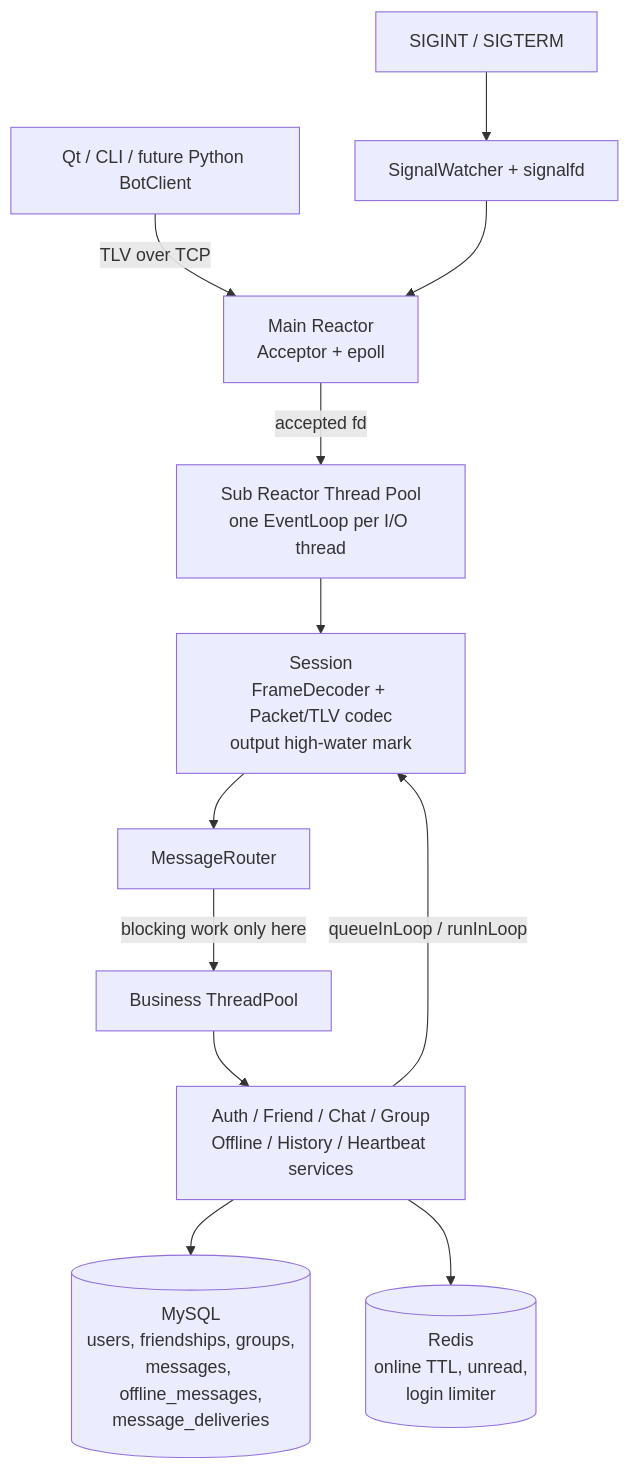
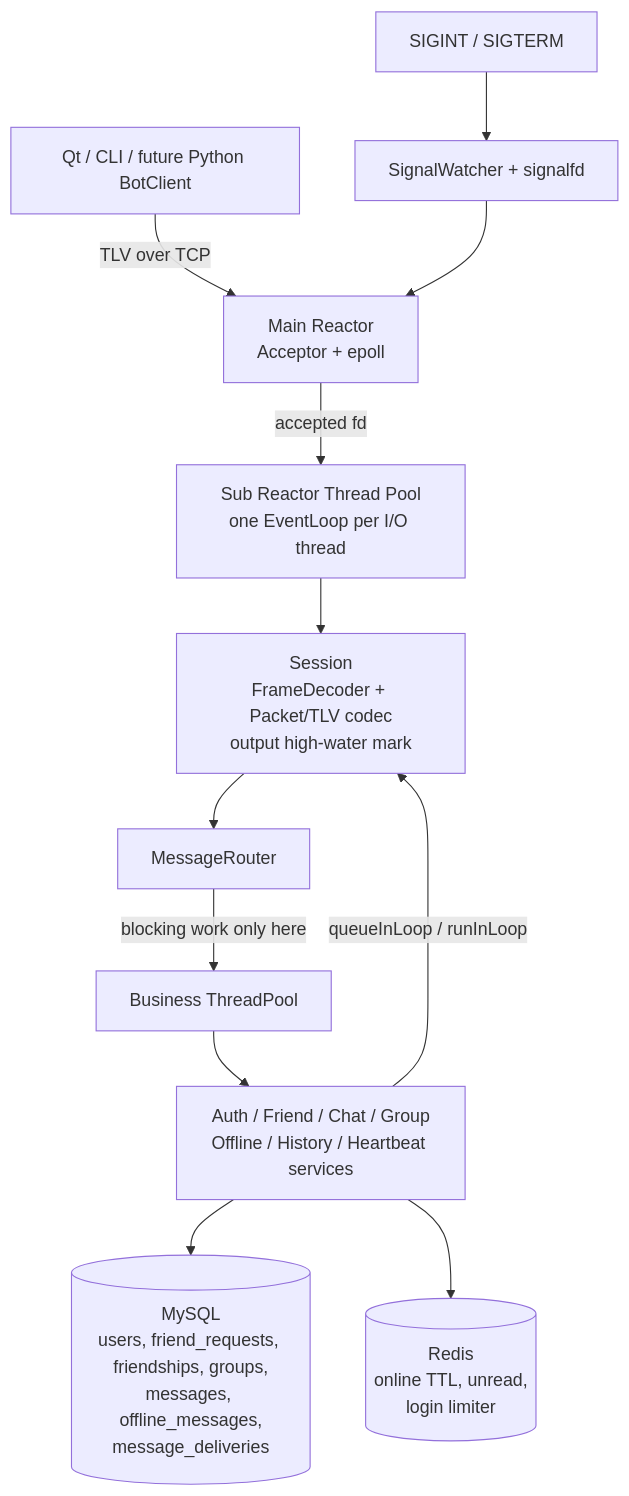
The first of 2 diagrams in README.md (yolo0731/LiteIM), drawn with Mermaid before and after one commit. The commit also changed other lines of this file and 46 other files, not shown here.

Commit message:
feat(friend): add friend requests and private permission

````diff
--- a/README.md
+++ b/README.md
@@ -48,15 +48,15 @@
 ```mermaid
 flowchart TB
     client["Qt / CLI / future Python BotClient"]
     client -->|"TLV over TCP"| acceptor["Main Reactor\nAcceptor + epoll"]
     acceptor -->|"accepted fd"| io_pool["Sub Reactor Thread Pool\none EventLoop per I/O thread"]
     io_pool --> session["Session\nFrameDecoder + Packet/TLV codec\noutput high-water mark"]
     session --> router["MessageRouter"]
     router -->|"blocking work only here"| biz["Business ThreadPool"]
     biz --> services["Auth / Friend / Chat / Group\nOffline / History / Heartbeat services"]
-    services --> mysql[("MySQL\nusers, friendships, groups,\nmessages, offline_messages,\nmessage_deliveries")]
+    services --> mysql[("MySQL\nusers, friend_requests, friendships, groups,\nmessages, offline_messages,\nmessage_deliveries")]
     services --> redis[("Redis\nonline TTL, unread,\nlogin limiter")]
     services -->|"queueInLoop / runInLoop"| session
     signal["SIGINT / SIGTERM"] --> signalfd["SignalWatcher + signalfd"]
     signalfd --> acceptor
 ```
````
